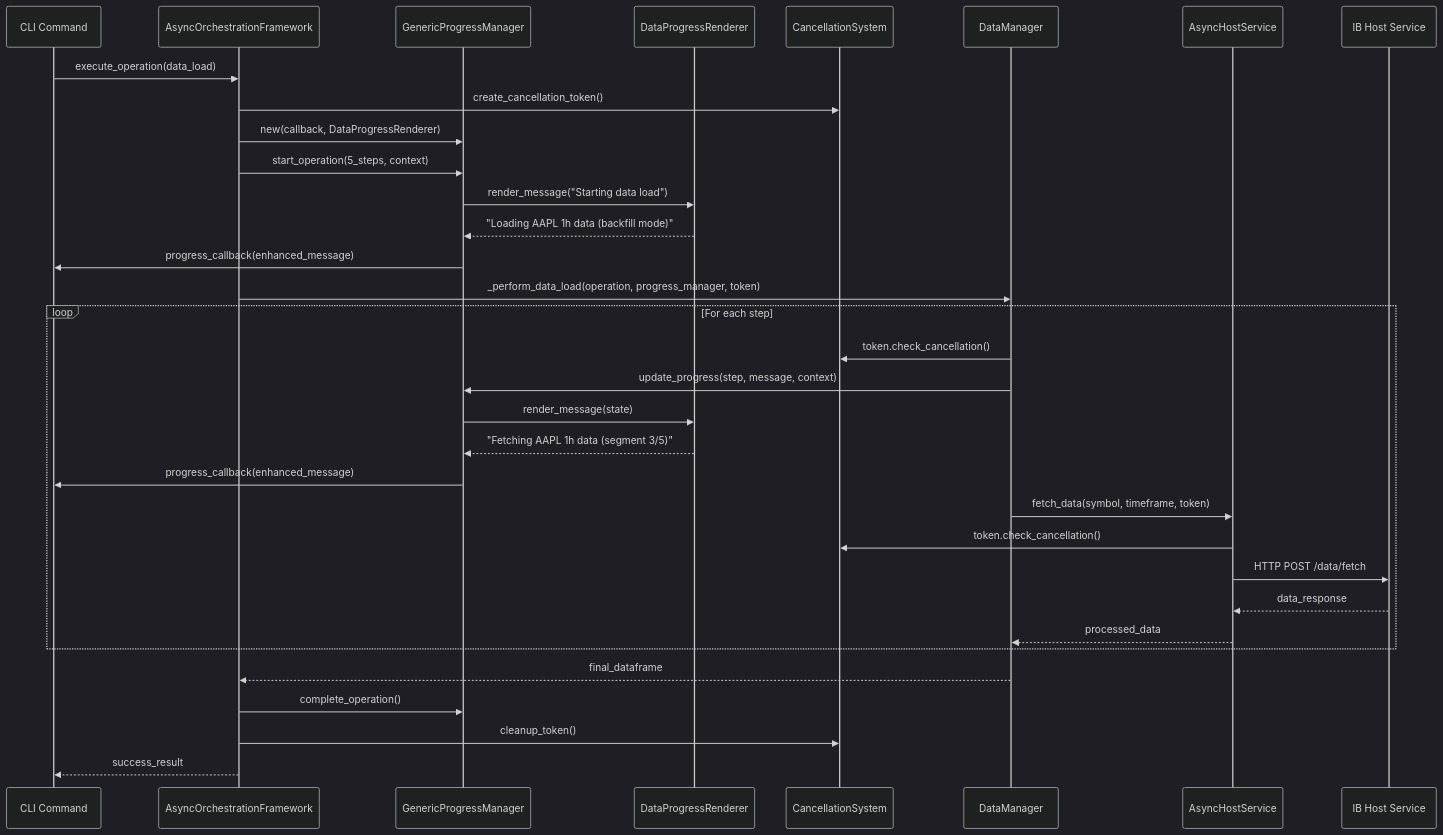
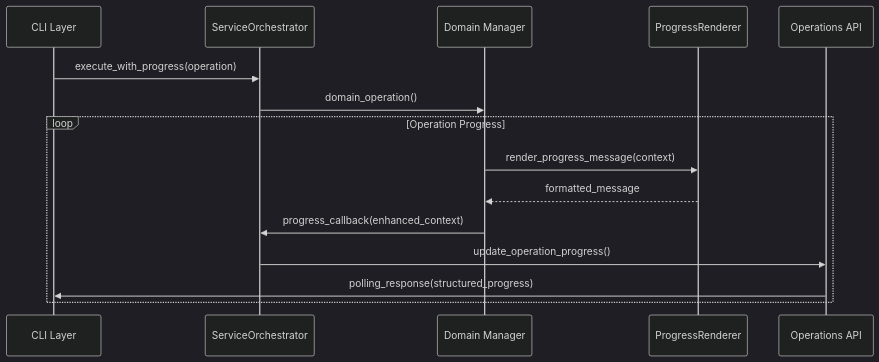
The second of 8 diagrams in docs/architecture/async/async-architecture-spec.md (kpiteira/ktrdr), drawn with Mermaid (dark theme) before and after one commit. The commit also changed other lines of this file and 18 other files, not shown here.

First line of the commit message:
docs: complete async architecture documentation cleanup and enhancement

````diff
--- a/docs/architecture/async/async-architecture-spec.md
+++ b/docs/architecture/async/async-architecture-spec.md
@@ -499,41 +93,19 @@
 ```mermaid
 sequenceDiagram
-    participant CLI as CLI Command
-    participant AOF as AsyncOrchestrationFramework
-    participant GPM as GenericProgressManager
-    participant DPR as DataProgressRenderer
-    participant CAS as CancellationSystem
-    participant DM as DataManager
-    participant AHS as AsyncHostService
-    participant IB as IB Host Service
-
-    CLI->>AOF: execute_operation(data_load)
-    AOF->>CAS: create_cancellation_token()
-    AOF->>GPM: new(callback, DataProgressRenderer)
-    AOF->>GPM: start_operation(5_steps, context)
+    participant CLI as CLI Layer
+    participant SO as ServiceOrchestrator
+    participant DM as Domain Manager
+    participant PR as ProgressRenderer
+    participant API as Operations API
     
-    GPM->>DPR: render_message("Starting data load")
-    DPR-->>GPM: "Loading AAPL 1h data (backfill mode)"
-    GPM->>CLI: progress_callback(enhanced_message)
+    CLI->>SO: execute_with_progress(operation)
+    SO->>DM: domain_operation()
     
-    AOF->>DM: _perform_data_load(operation, progress_manager, token)
-    
-    loop For each step
-        DM->>CAS: token.check_cancellation()
-        DM->>GPM: update_progress(step, message, context)
-        GPM->>DPR: render_message(state)
-        DPR-->>GPM: "Fetching AAPL 1h data (segment 3/5)"
-        GPM->>CLI: progress_callback(enhanced_message)
-        
-        DM->>AHS: fetch_data(symbol, timeframe, token)
-        AHS->>CAS: token.check_cancellation()
-        AHS->>IB: HTTP POST /data/fetch
-        IB-->>AHS: data_response
-        AHS-->>DM: processed_data
+    loop Operation Progress
+        DM->>PR: render_progress_message(context)
+        PR-->>DM: formatted_message
+        DM->>SO: progress_callback(enhanced_context)
+        SO->>API: update_operation_progress()
+        API->>CLI: polling_response(structured_progress)
     end
-    
-    DM-->>AOF: final_dataframe
-    AOF->>GPM: complete_operation()
-    AOF->>CAS: cleanup_token()
-    AOF-->>CLI: success_result
 ```
````
